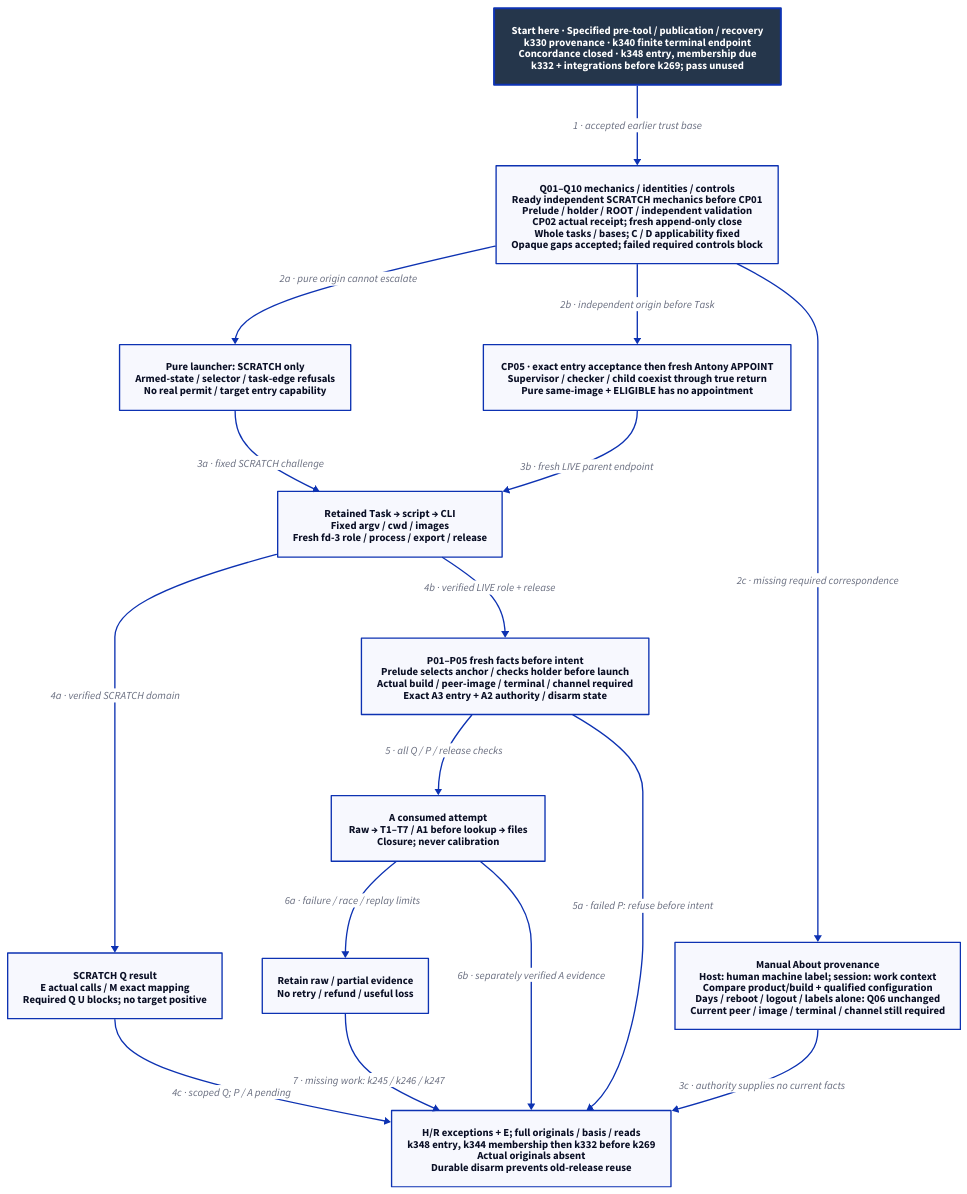
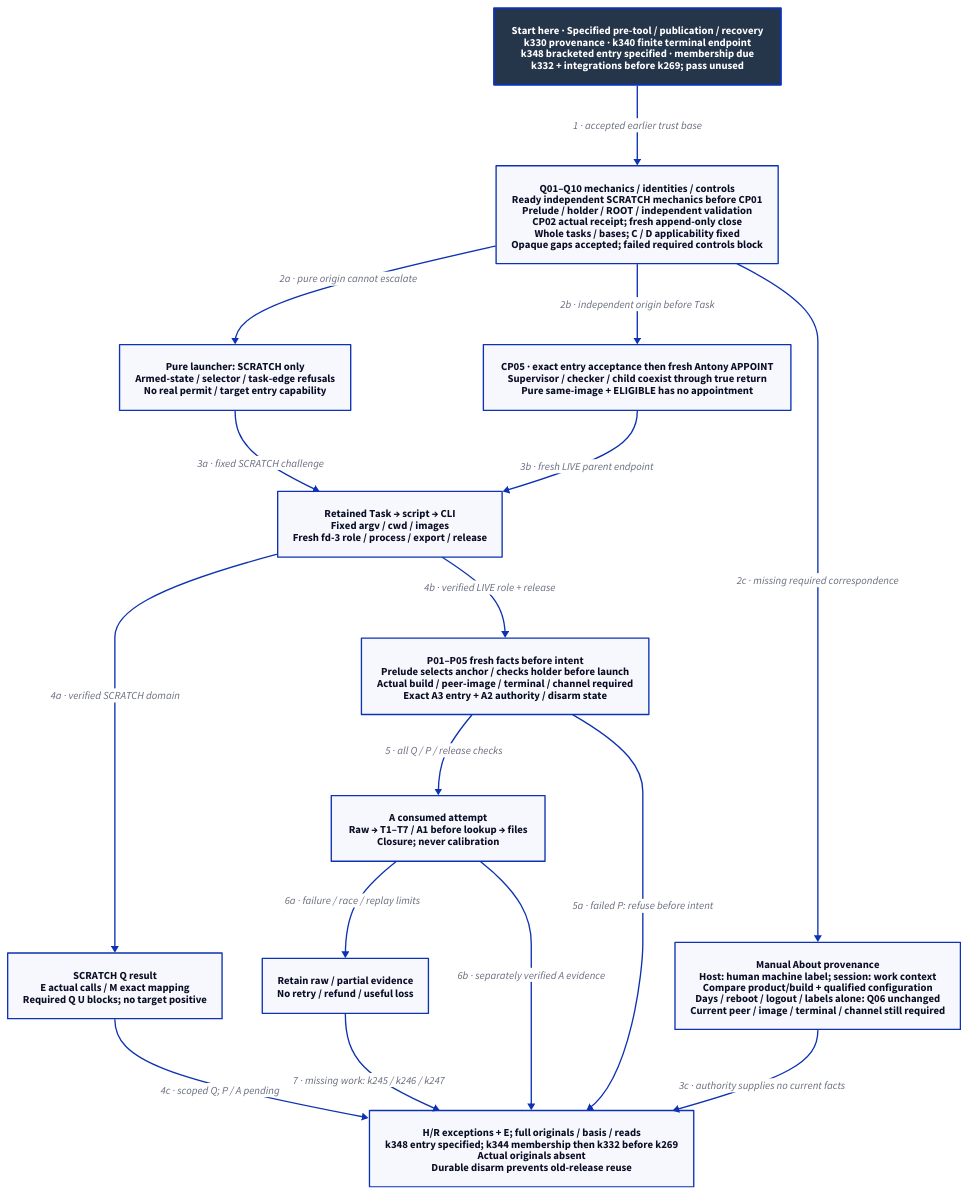
The diagram in docs/design/architecture/native-reference-packaging.d2 (Linkuistics/Koine), drawn with D2 before and after one commit. The commit also changed 33 other files, not shown here.

Commit message:
Specify bracketed inter-checkpoint publication entry under Antony's answer (reference-evidence-intercheckpoint-publication-entry-k348)

```diff
--- a/docs/design/architecture/native-reference-packaging.d2
+++ b/docs/design/architecture/native-reference-packaging.d2
@@ -1,31 +1,31 @@
-# Specified k331 mechanisms; k348 entry, k344 membership and k332 review precede use.
+# Specified k331 mechanisms and k348 bracketed entry; k344 membership and k332 review precede use.
 direction: down
 classes: {
   start: {style: {fill: "#25364B"; font-color: "#FFFFFF"; bold: true; stroke-width: 3}}
 }
-Start: "Start here · Specified pre-tool / publication / recovery\nk330 provenance · k340 finite terminal endpoint\nConcordance closed · k348 entry, membership due\nk332 + integrations before k269; pass unused" {class: start}
+Start: "Start here · Specified pre-tool / publication / recovery\nk330 provenance · k340 finite terminal endpoint\nk348 bracketed entry specified · membership due\nk332 + integrations before k269; pass unused" {class: start}
 Ready: "Q01–Q10 mechanics / identities / controls\nReady independent SCRATCH mechanics before CP01\nPrelude / holder / ROOT / independent validation\nCP02 actual receipt; fresh append-only close\nWhole tasks / bases; C / D applicability fixed\nOpaque gaps accepted; failed required controls block"
 Task: "Retained Task → script → CLI\nFixed argv / cwd / images\nFresh fd-3 role / process / export / release"
 Scratch: "Pure launcher: SCRATCH only\nArmed-state / selector / task-edge refusals\nNo real permit / target entry capability"
 Live: "CP05 · exact entry acceptance then fresh Antony APPOINT\nSupervisor / checker / child coexist through true return\nPure same-image + ELIGIBLE has no appointment"
 Proof: "SCRATCH Q result\nE actual calls / M exact mapping\nRequired Q U blocks; no target positive"
 Preflight: "P01–P05 fresh facts before intent\nPrelude selects anchor / checks holder before launch\nActual build / peer-image / terminal / channel required\nExact A3 entry + A2 authority / disarm state"
 Attempt: "A consumed attempt\nRaw → T1–T7 / A1 before lookup → files\nClosure; never calibration"
 Failure: "Retain raw / partial evidence\nNo retry / refund / useful loss"
 Route: "Manual About provenance\nHost: human machine label; session: work context\nCompare product/build + qualified configuration\nDays / reboot / logout / labels alone: Q06 unchanged\nCurrent peer / image / terminal / channel still required"
-Final: "H/R exceptions + E; full originals / basis / reads\nk348 entry, k344 membership then k332 before k269\nActual originals absent\nDurable disarm prevents old-release reuse"
+Final: "H/R exceptions + E; full originals / basis / reads\nk348 entry specified; k344 membership then k332 before k269\nActual originals absent\nDurable disarm prevents old-release reuse"
 Start -> Ready: "1 · accepted earlier trust base"
 Ready -> Scratch: "2a · pure origin cannot escalate"
 Ready -> Live: "2b · independent origin before Task"
 Scratch -> Task: "3a · fixed SCRATCH challenge"
 Live -> Task: "3b · fresh LIVE parent endpoint"
 Task -> Proof: "4a · verified SCRATCH domain"
 Proof -> Final: "4c · scoped Q; P / A pending"
 Task -> Preflight: "4b · verified LIVE role + release"
 Preflight -> Attempt: "5 · all Q / P / release checks"
 Preflight -> Final: "5a · failed P: refuse before intent"
 Ready -> Route: "2c · missing required correspondence"
 Route -> Final: "3c · authority supplies no current facts"
 Attempt -> Failure: "6a · failure / race / replay limits"
 Attempt -> Final: "6b · separately verified A evidence"
 Failure -> Final: "7 · missing work: k245 / k246 / k247"
```
